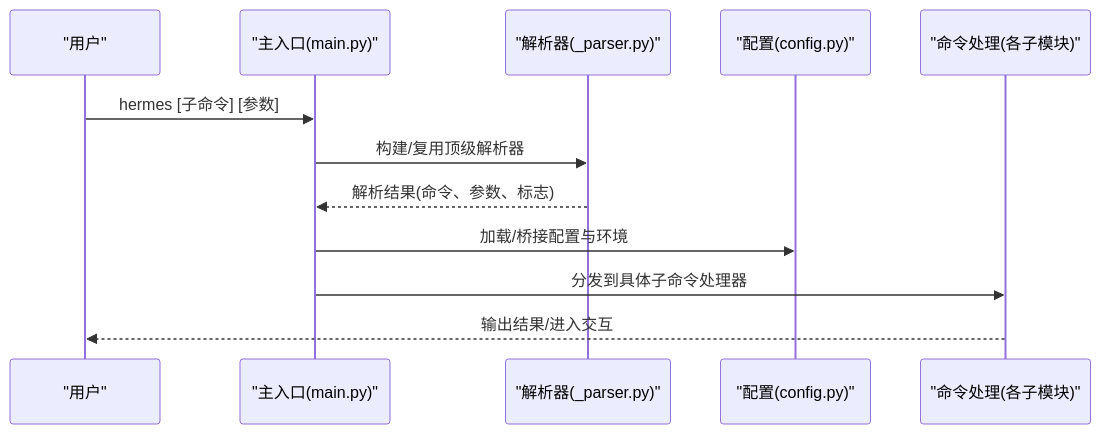
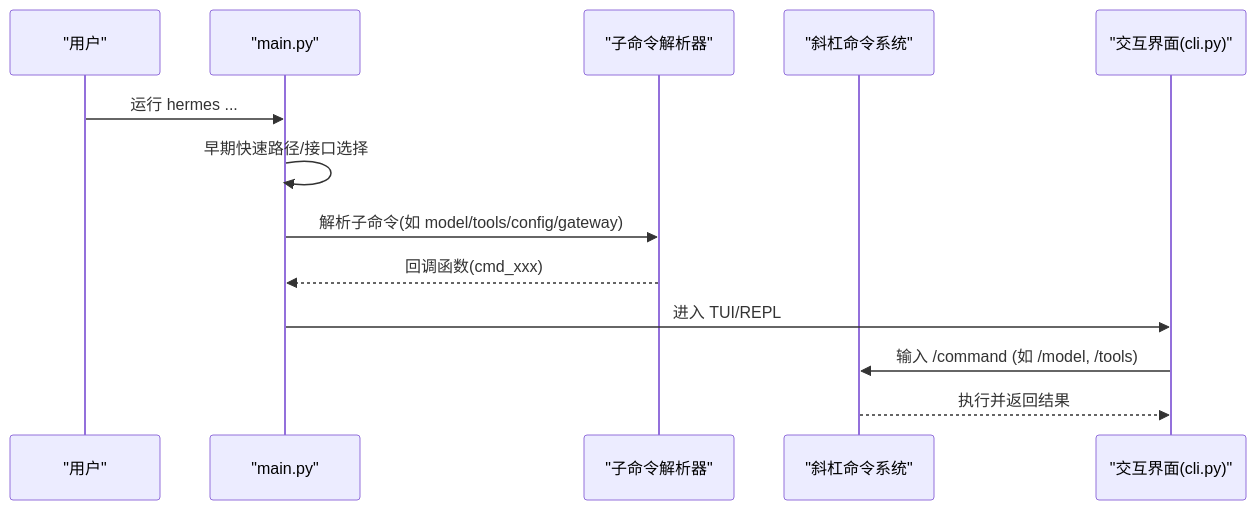
One commit to haolange/hermes-agent changed the second of 3 diagrams in .qoder/repowiki/zh/content/命令行界面/命令行界面.md. Above: the diagram before and after it, drawn with Mermaid. The commit also changed other lines of this file and 1206 other files, not shown here.

````diff
--- a/.qoder/repowiki/zh/content/命令行界面/命令行界面.md
+++ b/.qoder/repowiki/zh/content/命令行界面/命令行界面.md
@@ -87,14 +76,15 @@
 ```mermaid
 sequenceDiagram
 participant U as "用户"
-participant M as "主入口(main.py)"
-participant P as "解析器(_parser.py)"
-participant CFG as "配置(config.py)"
-participant CMD as "命令处理(各子模块)"
-U->>M : hermes [子命令] [参数]
-M->>P : 构建/复用顶级解析器
-P-->>M : 解析结果(命令、参数、标志)
-M->>CFG : 加载/桥接配置与环境
-M->>CMD : 分发到具体子命令处理器
-CMD-->>U : 输出结果/进入交互
+participant M as "main.py"
+participant P as "子命令解析器"
+participant S as "斜杠命令系统"
+participant I as "交互界面(cli.py)"
+U->>M : 运行 hermes ...
+M->>M : 早期快速路径/接口选择
+M->>P : 解析子命令(如 model/tools/config/gateway)
+P-->>M : 回调函数(cmd_xxx)
+M->>I : 进入 TUI/REPL
+I->>S : 输入 /command (如 /model, /tools)
+S-->>I : 执行并返回结果
 ```
````
